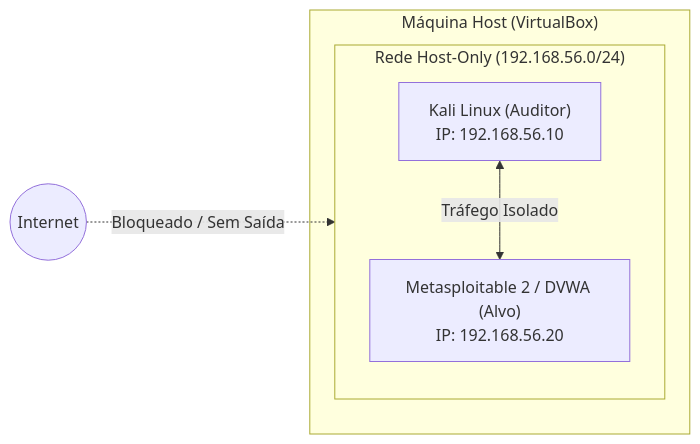
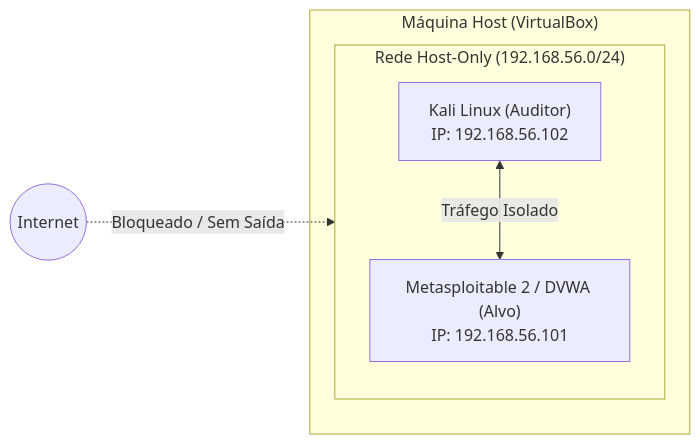
Before and after one commit to gustavorosarionunes/dio-lab-medusa-bruteforce: the diagram in README.md, drawn with Mermaid. The commit also changed other lines of this file and 9 other files, not shown here.

````diff
--- a/README.md
+++ b/README.md
@@ -46,11 +50,11 @@
 ```mermaid
 graph LR
     subgraph Host["Máquina Host (VirtualBox)"]
         subgraph InternalNet["Rede Host-Only (192.168.56.0/24)"]
-            Kali["Kali Linux (Auditor)<br/>IP: 192.168.56.10"]
-            Target["Metasploitable 2 / DVWA (Alvo)<br/>IP: 192.168.56.20"]
+            Kali["Kali Linux (Auditor)<br/>IP: 192.168.56.102"]
+            Target["Metasploitable 2 / DVWA (Alvo)<br/>IP: 192.168.56.101"]
             Kali <-->|Tráfego Isolado| Target
         end
     end
     Internet((Internet)) -.->|Bloqueado / Sem Saída| InternalNet
 ```
````
